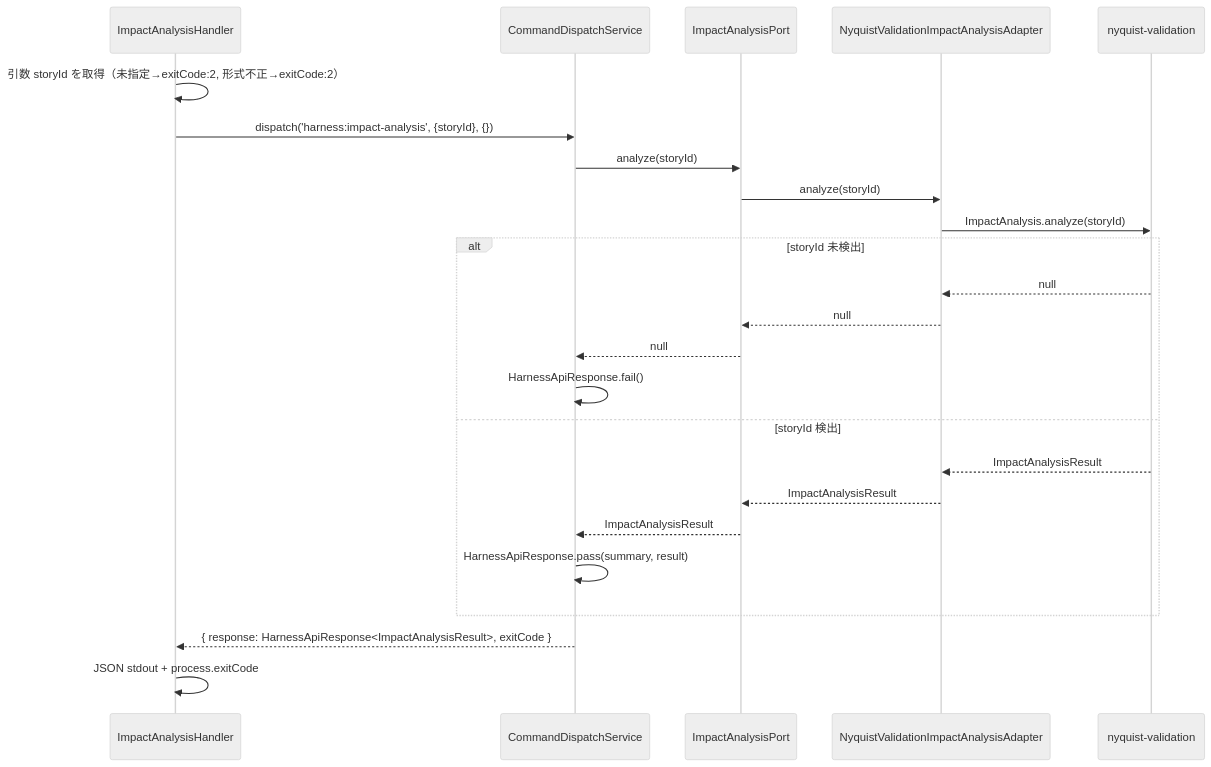
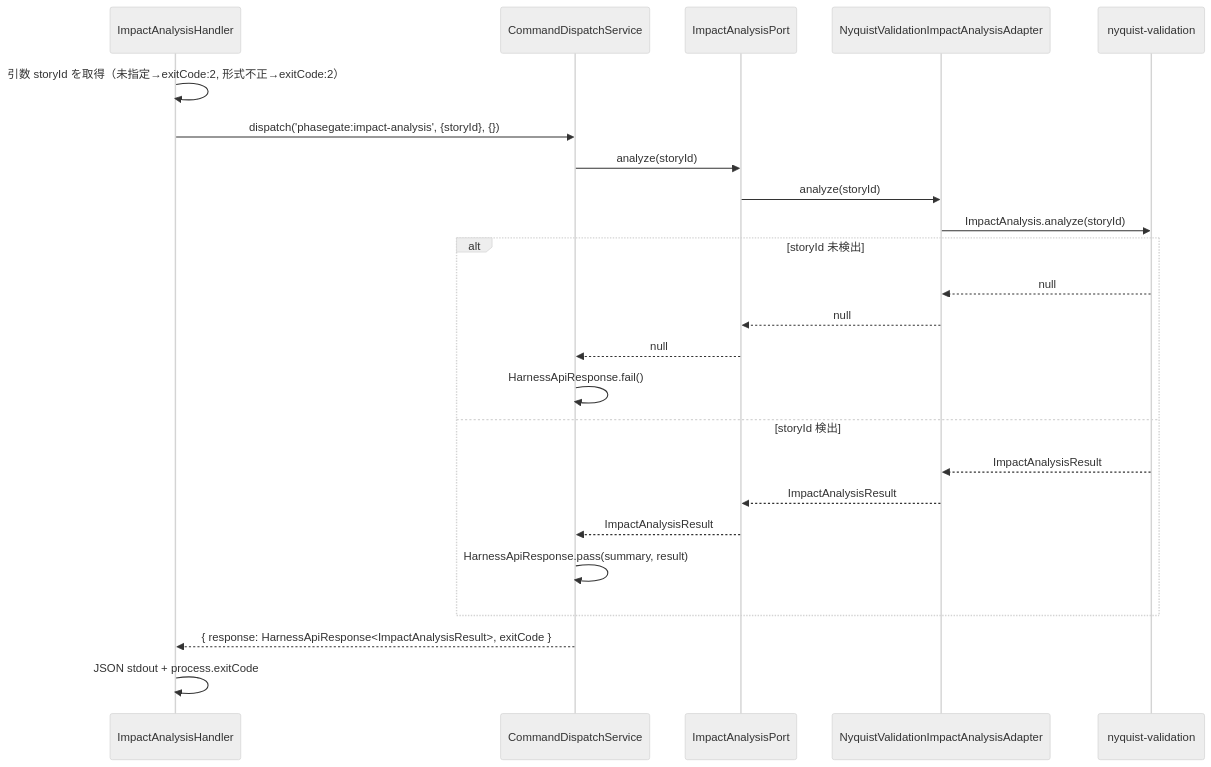
One commit to junpei-9898/phasegate changed the tenth of 10 diagrams in docs/product/construction/harness-api/logical_design.md. Above: the diagram before and after it, drawn with Mermaid (neutral theme). The commit also changed other lines of this file and 181 other files, not shown here.

First line of the commit message:
feat: v0.16.0 — CLI コマンド名を harness から phasegate にリネーム

````diff
--- a/docs/product/construction/harness-api/logical_design.md
+++ b/docs/product/construction/harness-api/logical_design.md
@@ -1550,27 +1550,27 @@
 ```mermaid
 sequenceDiagram
     participant Handler as ImpactAnalysisHandler
     participant DispatchSvc as CommandDispatchService
     participant Port as ImpactAnalysisPort
     participant Adapter as NyquistValidationImpactAnalysisAdapter
     participant Nyquist as nyquist-validation
 
     Handler->>Handler: 引数 storyId を取得（未指定→exitCode:2, 形式不正→exitCode:2）
-    Handler->>DispatchSvc: dispatch('harness:impact-analysis', {storyId}, {})
+    Handler->>DispatchSvc: dispatch('phasegate:impact-analysis', {storyId}, {})
     DispatchSvc->>Port: analyze(storyId)
     Port->>Adapter: analyze(storyId)
     Adapter->>Nyquist: ImpactAnalysis.analyze(storyId)
     alt storyId 未検出
         Nyquist-->>Adapter: null
         Adapter-->>Port: null
         Port-->>DispatchSvc: null
         DispatchSvc->>DispatchSvc: HarnessApiResponse.fail()
     else storyId 検出
         Nyquist-->>Adapter: ImpactAnalysisResult
         Adapter-->>Port: ImpactAnalysisResult
         Port-->>DispatchSvc: ImpactAnalysisResult
         DispatchSvc->>DispatchSvc: HarnessApiResponse.pass(summary, result)
     end
     DispatchSvc-->>Handler: { response: HarnessApiResponse<ImpactAnalysisResult>, exitCode }
     Handler->>Handler: JSON stdout + process.exitCode
 ```
````
